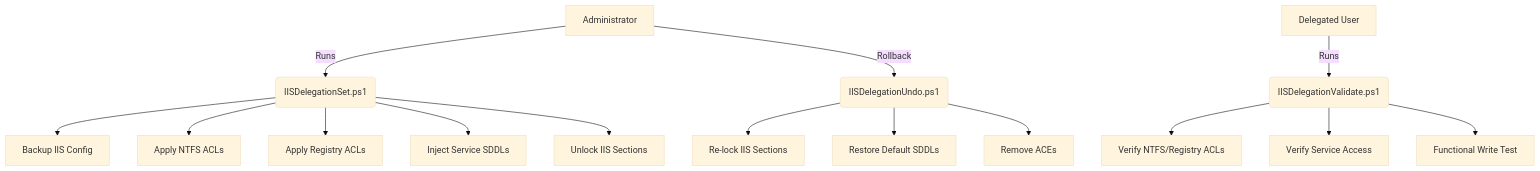
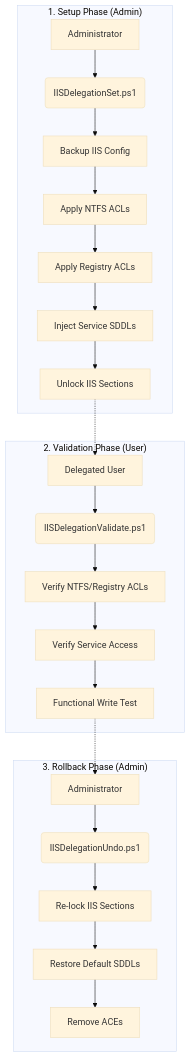
The diagram in os_sys/IISDelegation_ARCHITECTURE.md (mshedsilegx/devops), drawn with Mermaid (base theme) before and after one commit.

Commit message:
Documentation improvements

````diff
--- a/os_sys/IISDelegation_ARCHITECTURE.md
+++ b/os_sys/IISDelegation_ARCHITECTURE.md
@@ -19,19 +19,28 @@
 ```mermaid
 graph TD
-    A[Administrator] -->|Runs| B(IISDelegationSet.ps1)
-    B --> B1[Backup IIS Config]
-    B --> B2[Apply NTFS ACLs]
-    B --> B3[Apply Registry ACLs]
-    B --> B4[Inject Service SDDLs]
-    B --> B5[Unlock IIS Sections]
-    
-    C[Delegated User] -->|Runs| D(IISDelegationValidate.ps1)
-    D --> D1[Verify NTFS/Registry ACLs]
-    D --> D2[Verify Service Access]
-    D --> D3[Functional Write Test]
-    
-    A -->|Rollback| E(IISDelegationUndo.ps1)
-    E --> E1[Re-lock IIS Sections]
-    E --> E2[Restore Default SDDLs]
-    E --> E3[Remove ACEs]
+    subgraph Setup ["1. Setup Phase (Admin)"]
+        A[Administrator] --> B(IISDelegationSet.ps1)
+        B --> B1[Backup IIS Config]
+        B1 --> B2[Apply NTFS ACLs]
+        B2 --> B3[Apply Registry ACLs]
+        B3 --> B4[Inject Service SDDLs]
+        B4 --> B5[Unlock IIS Sections]
+    end
+
+    subgraph Validation ["2. Validation Phase (User)"]
+        C[Delegated User] --> D(IISDelegationValidate.ps1)
+        D --> D1[Verify NTFS/Registry ACLs]
+        D1 --> D2[Verify Service Access]
+        D2 --> D3[Functional Write Test]
+    end
+
+    subgraph Rollback ["3. Rollback Phase (Admin)"]
+        A2[Administrator] --> E(IISDelegationUndo.ps1)
+        E --> E1[Re-lock IIS Sections]
+        E1 --> E2[Restore Default SDDLs]
+        E2 --> E3[Remove ACEs]
+    end
+
+    B5 -.-> C
+    D3 -.-> A2
 ```
````
